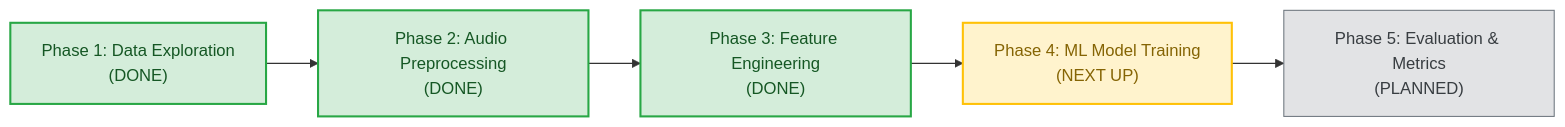
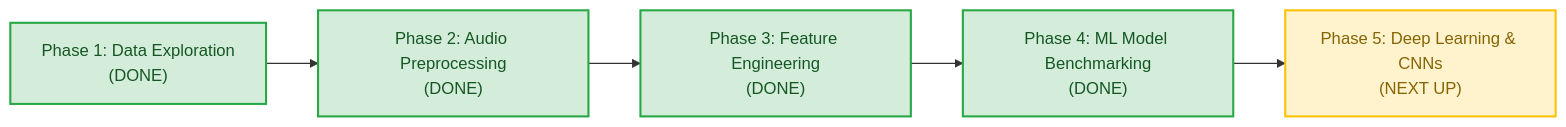
The diagram in README.md (Simplicity005/icbhi-respiratory-detection), drawn with Mermaid before and after one commit. The commit also changed other lines of this file and 13 other files, not shown here.

Commit message:
feat: complete phase 4 classical ml training and benchmarking

````diff
--- a/README.md
+++ b/README.md
@@ -23,13 +23,13 @@
 ```mermaid
 flowchart LR
     P1["Phase 1: Data Exploration\n(DONE)"] --> P2["Phase 2: Audio Preprocessing\n(DONE)"]
     P2 --> P3["Phase 3: Feature Engineering\n(DONE)"]
-    P3 --> P4["Phase 4: ML Model Training\n(NEXT UP)"]
-    P4 --> P5["Phase 5: Evaluation & Metrics\n(PLANNED)"]
+    P3 --> P4["Phase 4: ML Model Benchmarking\n(DONE)"]
+    P4 --> P5["Phase 5: Deep Learning & CNNs\n(NEXT UP)"]
     
     style P1 fill:#d4edda,stroke:#28a745,stroke-width:2px,color:#155724
     style P2 fill:#d4edda,stroke:#28a745,stroke-width:2px,color:#155724
     style P3 fill:#d4edda,stroke:#28a745,stroke-width:2px,color:#155724
-    style P4 fill:#fff3cd,stroke:#ffc107,stroke-width:2px,color:#856404
-    style P5 fill:#e2e3e5,stroke:#6c757d,stroke-width:1px,color:#383d41
+    style P4 fill:#d4edda,stroke:#28a745,stroke-width:2px,color:#155724
+    style P5 fill:#fff3cd,stroke:#ffc107,stroke-width:2px,color:#856404
 ```
````
